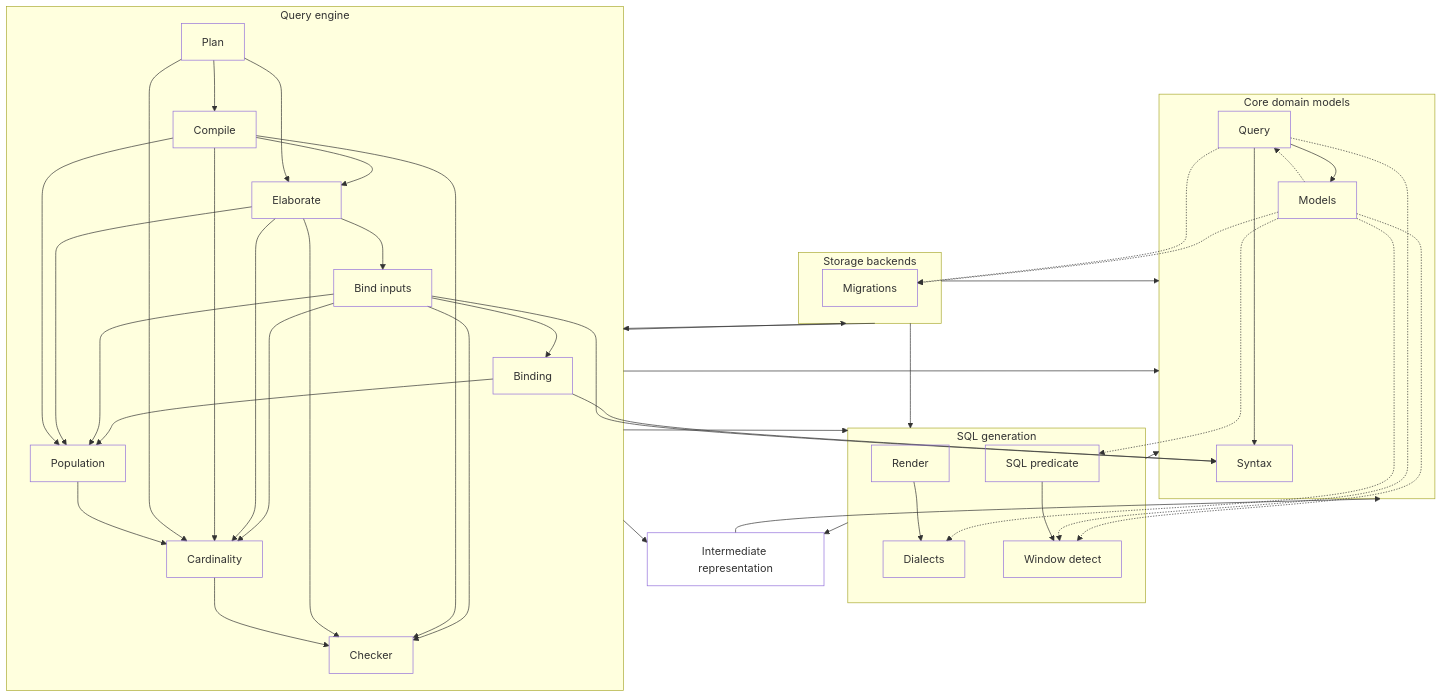
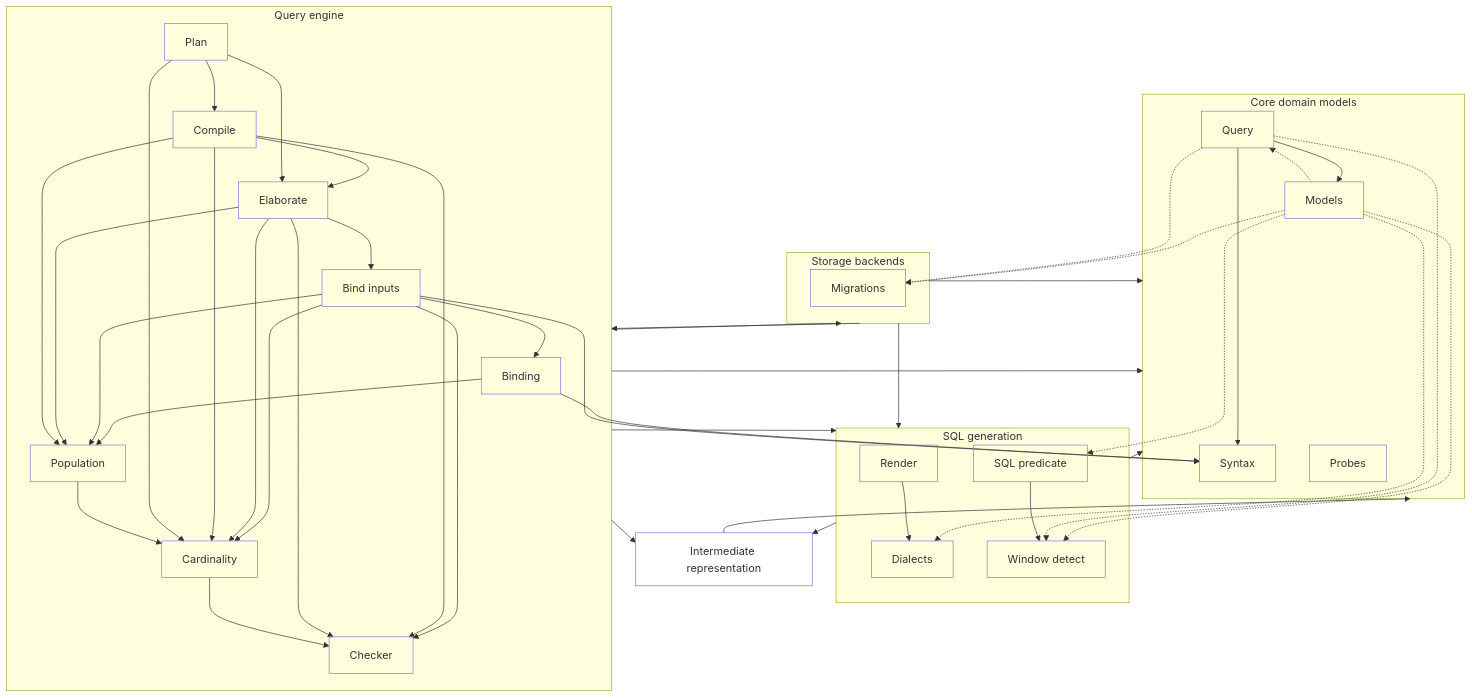
One commit to MotleyAI/slayer changed the first of 2 diagrams in architecture/python.engine.arc42.md. Above: the diagram before and after it, drawn with Mermaid. The commit also changed 40 other files, not shown here.

First line of the commit message:
Rename core.stages to core.probes and fix the OTel review findings

````diff
--- a/architecture/python.engine.arc42.md
+++ b/architecture/python.engine.arc42.md
@@ -15,72 +15,73 @@
 ```mermaid
 flowchart TD
   %% query_pipeline: Query pipeline
   subgraph core["Core domain models"]
     core__query["Query"]
     core__models["Models"]
     core__syntax["Syntax"]
+    core__probes["Probes"]
   end
   subgraph sql["SQL generation"]
     sql__render["Render"]
     sql__dialects["Dialects"]
     sql__sql_predicate["SQL predicate"]
     sql__window_detect["Window detect"]
   end
   subgraph engine["Query engine"]
     engine__binding["Binding"]
     engine__bind_inputs["Bind inputs"]
     engine__elaborate_env["Checker"]
     engine__elaborate["Elaborate"]
     engine__compile["Compile"]
     engine__plan["Plan"]
     engine__population["Population"]
     engine__cardinality["Cardinality"]
   end
   ir["Intermediate representation"]
   subgraph storage["Storage backends"]
     storage__migrations["Migrations"]
   end
   core__models -.-> sql__dialects
   core__models -.-> sql__sql_predicate
   core__models -.-> sql__window_detect
   core__query -.-> sql__window_detect
   core__models -.-> storage__migrations
   core__query -.-> storage__migrations
   core__models -.-> core__query
   core__query --> core__models
   core__query --> core__syntax
   sql__render --> sql__dialects
   sql__sql_predicate --> sql__window_detect
   engine__binding --> core__syntax
   engine__bind_inputs --> engine__binding
   engine__bind_inputs --> engine__elaborate_env
   engine__bind_inputs --> core__syntax
   engine__compile --> engine__elaborate
   engine__compile --> engine__elaborate_env
   engine__elaborate --> engine__bind_inputs
   engine__elaborate --> engine__elaborate_env
   engine__plan --> engine__compile
   engine__plan --> engine__elaborate
   engine__binding --> engine__population
   engine__bind_inputs --> engine__population
   engine__bind_inputs --> engine__cardinality
   engine__elaborate --> engine__population
   engine__elaborate --> engine__cardinality
   engine__compile --> engine__population
   engine__compile --> engine__cardinality
   engine__plan --> engine__cardinality
   engine__population --> engine__cardinality
   engine__cardinality --> engine__elaborate_env
   engine --> core
   engine --> ir
   engine --> sql
   engine --> storage
   ir --> core
   sql --> core
   sql --> ir
   storage --> core
   storage --> engine
   storage --> sql
   classDef leaf fill:none;
-  class core__query,core__models,core__syntax,sql__render,sql__dialects,sql__sql_predicate,sql__window_detect,engine__binding,engine__bind_inputs,engine__elaborate_env,engine__elaborate,engine__compile,engine__plan,engine__population,engine__cardinality,ir,storage__migrations leaf;
+  class core__query,core__models,core__syntax,core__probes,sql__render,sql__dialects,sql__sql_predicate,sql__window_detect,engine__binding,engine__bind_inputs,engine__elaborate_env,engine__elaborate,engine__compile,engine__plan,engine__population,engine__cardinality,ir,storage__migrations leaf;
 ```
````
